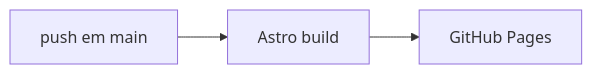
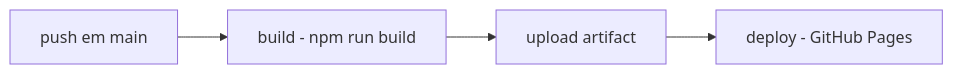
The third of 6 diagrams in docs/gitops-portfolio-lambda/architecture.md (MatheusAzevedoDev/portfolio-hub), drawn with Mermaid before and after one commit. The commit also changed other lines of this file and 11 other files, not shown here.

````diff
--- a/docs/gitops-portfolio-lambda/architecture.md
+++ b/docs/gitops-portfolio-lambda/architecture.md
@@ -119,5 +116,6 @@
 ```mermaid
 flowchart LR
-    A["push em main"] --> B["Astro build"]
-    B --> C["GitHub Pages"]
+    A["push em main"] --> B["build - npm run build"]
+    B --> C["upload artifact"]
+    C --> D["deploy - GitHub Pages"]
 ```
````
